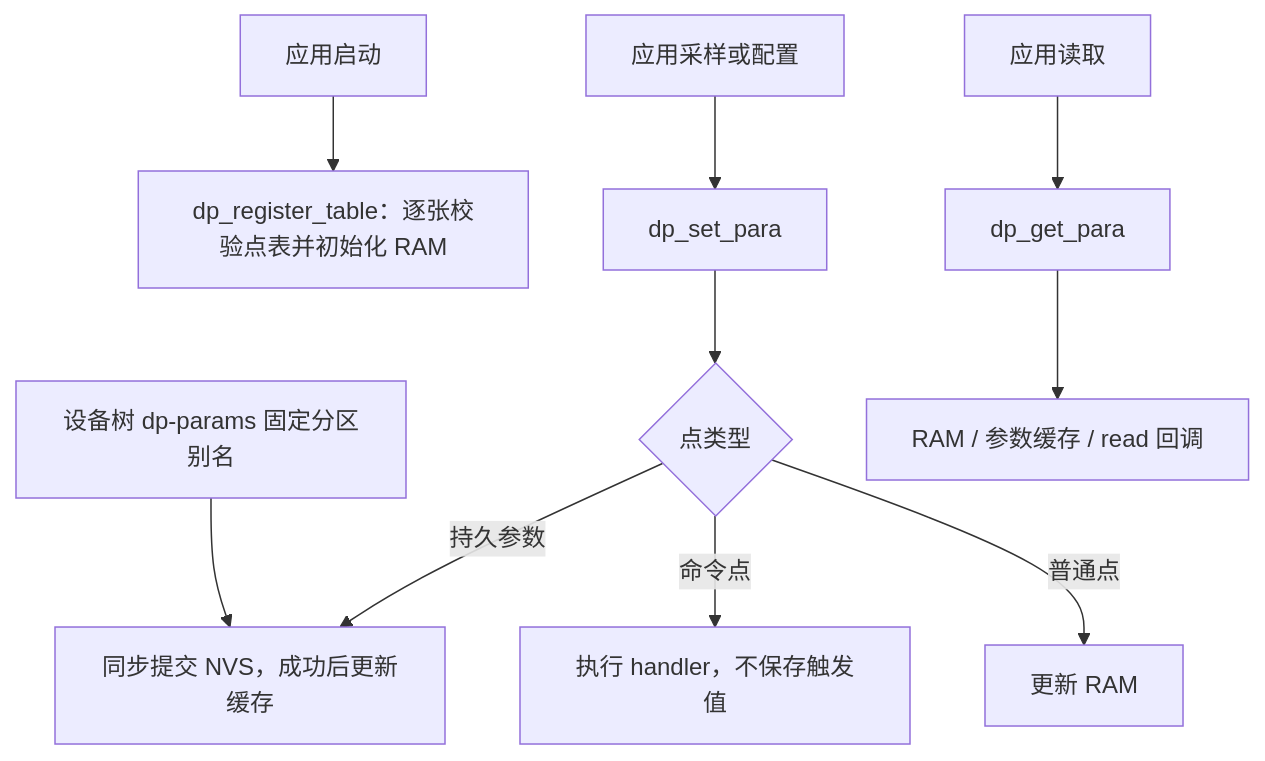
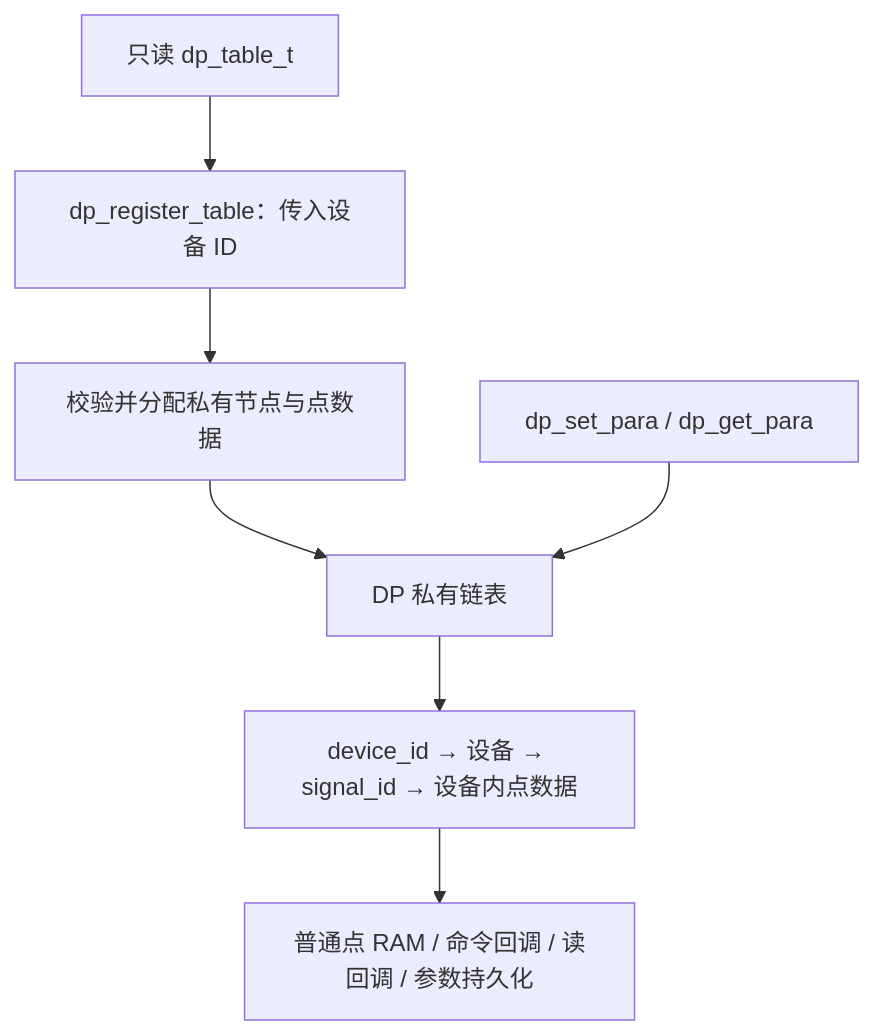
One commit to ryaaaaaan96/IDU-pre changed the diagram in modules/dataprocess/README.md. Above: the diagram before and after it, drawn with Mermaid. The commit also changed other lines of this file and 28 other files, not shown here.

````diff
--- a/modules/dataprocess/README.md
+++ b/modules/dataprocess/README.md
@@ -9,12 +44,9 @@
 ```mermaid
 flowchart TD
-    A[应用启动] --> C[dp_register_table：逐张校验点表并初始化 RAM]
-    B[设备树 dp-params 固定分区别名] --> I
-    D[应用采样或配置] --> E[dp_set_para]
-    E --> F{点类型}
-    F -->|普通点| G[更新 RAM]
-    F -->|命令点| H[执行 handler，不保存触发值]
-    F -->|持久参数| I[同步提交 NVS，成功后更新缓存]
-    J[应用读取] --> K[dp_get_para]
-    K --> L[RAM / 参数缓存 / read 回调]
+    A[只读 dp_table_t] --> B[dp_register_table：传入设备 ID]
+    B --> C[校验并分配私有节点与点数据]
+    C --> D[DP 私有链表]
+    E[dp_set_para / dp_get_para] --> D
+    D --> F[device_id → 设备 → signal_id → 设备内点数据]
+    F --> G[普通点 RAM / 命令回调 / 读回调 / 参数持久化]
 ```
````
